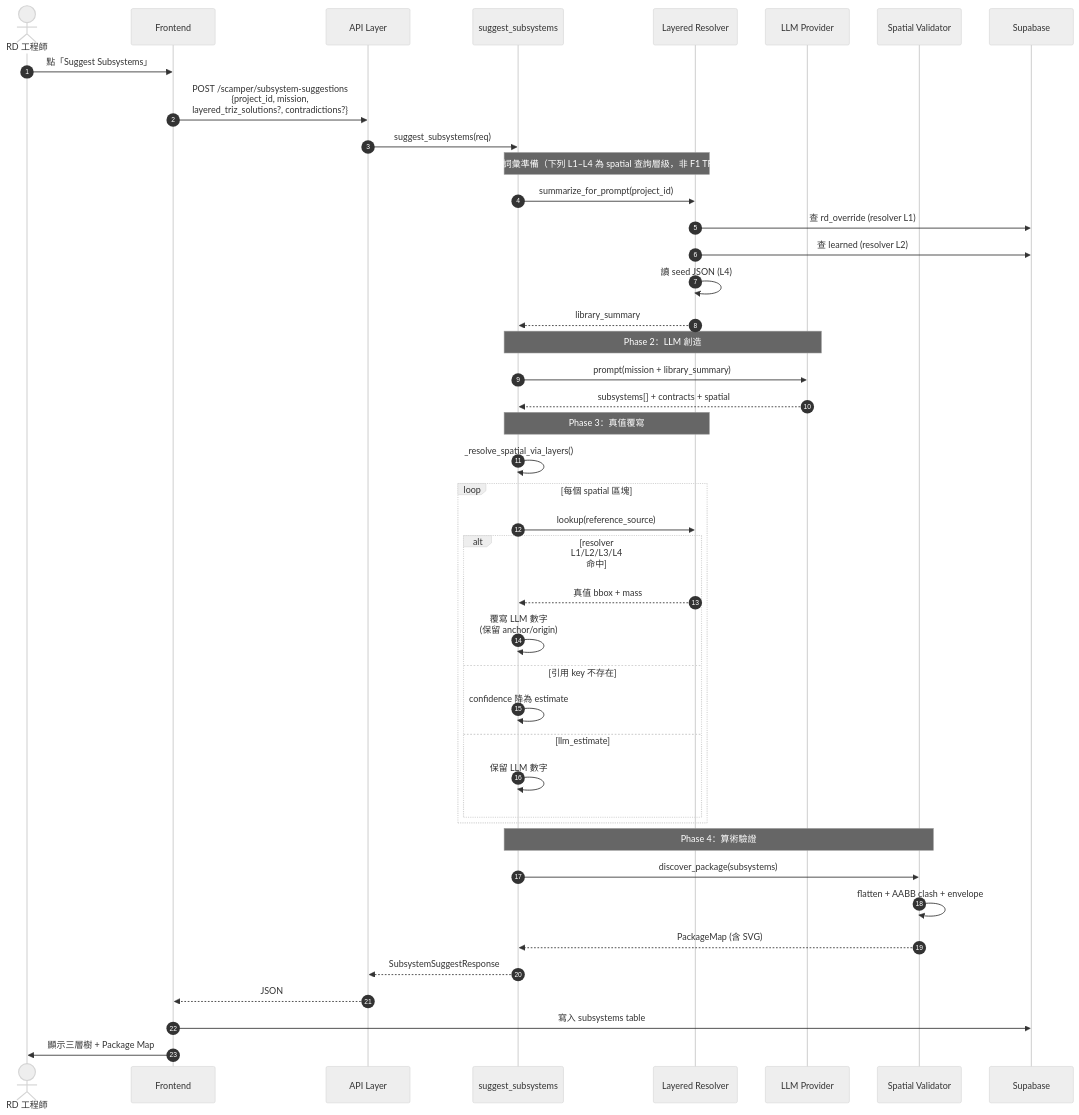
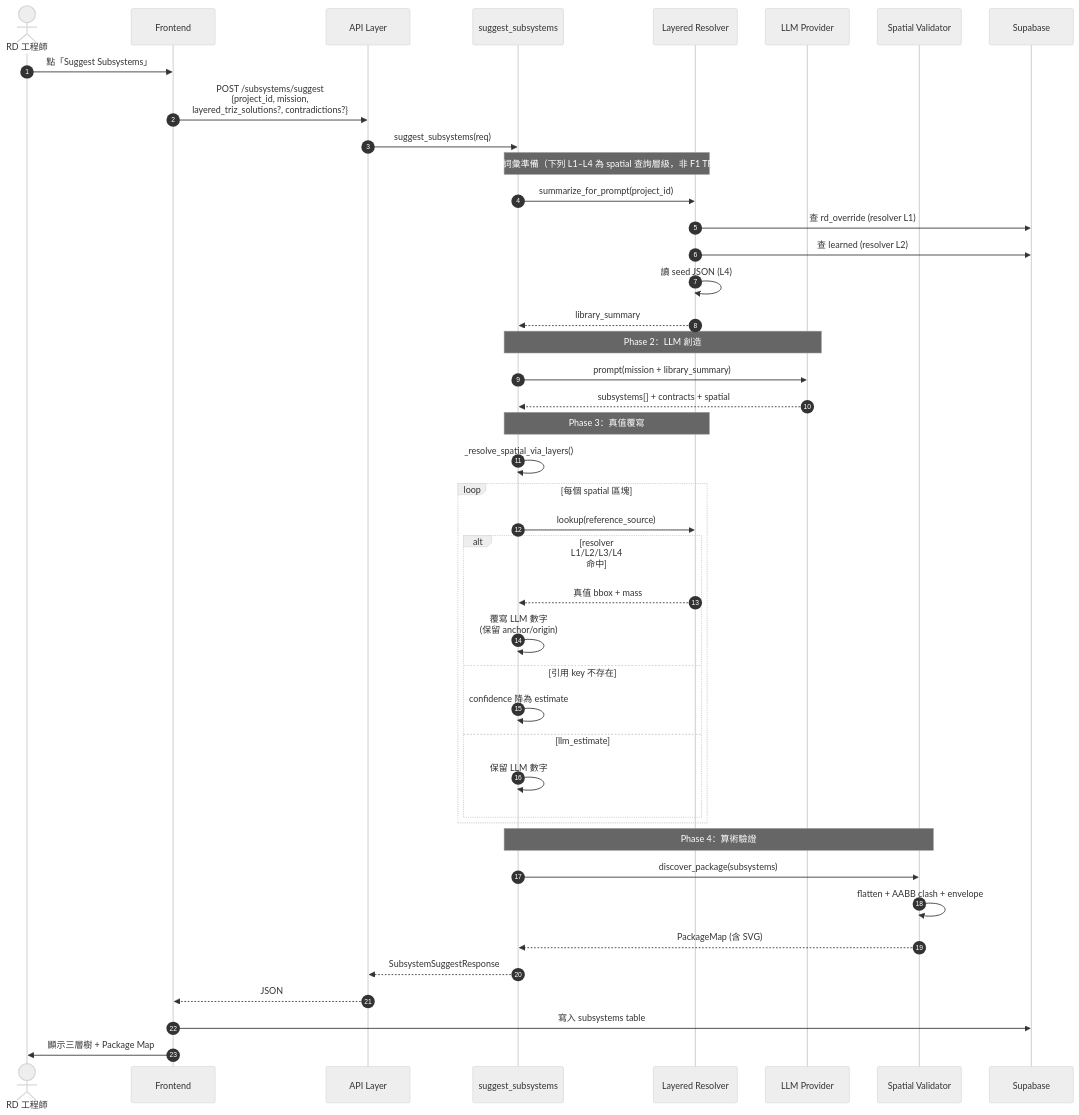
Before and after one commit to Zenobia0000/RD_copilot_system: diagram 12 of 26 in docs/01-define/diagrams/appendix-a--forward-subsystem-discovery.md, drawn with Mermaid. The commit also changed other lines of this file and 77 other files, not shown here.

First line of the commit message:
refactor: SCAMPER 移除 — 7 動作為 TRIZ 40 原理子集 (v9)

````diff
--- a/docs/01-define/diagrams/appendix-a--forward-subsystem-discovery.md
+++ b/docs/01-define/diagrams/appendix-a--forward-subsystem-discovery.md
@@ -691,52 +691,52 @@
 ```mermaid
 %%{init: {'theme': 'neutral'}}%%
 sequenceDiagram
     autonumber
     actor RD as RD 工程師
     participant FE as Frontend
     participant API as API Layer
     participant AG as suggest_subsystems
     participant RES as Layered Resolver
     participant LLM as LLM Provider
     participant VAL as Spatial Validator
     participant DB as Supabase
 
     RD->>FE: 點「Suggest Subsystems」
-    FE->>API: POST /scamper/subsystem-suggestions<br/>{project_id, mission,<br/>layered_triz_solutions?, contradictions?}
+    FE->>API: POST /subsystems/suggest<br/>{project_id, mission,<br/>layered_triz_solutions?, contradictions?}
     API->>AG: suggest_subsystems(req)
 
     Note over AG,RES: Phase 1：詞彙準備（下列 L1–L4 為 spatial 查詢層級，非 F1 TRIZ 分層）
     AG->>RES: summarize_for_prompt(project_id)
     RES->>DB: 查 rd_override (resolver L1)
     RES->>DB: 查 learned (resolver L2)
     RES->>RES: 讀 seed JSON (L4)
     RES-->>AG: library_summary
 
     Note over AG,LLM: Phase 2：LLM 創造
     AG->>LLM: prompt(mission + library_summary)
     LLM-->>AG: subsystems[] + contracts + spatial
 
     Note over AG,RES: Phase 3：真值覆寫
     AG->>AG: _resolve_spatial_via_layers()
     loop 每個 spatial 區塊
         AG->>RES: lookup(reference_source)
         alt resolver L1/L2/L3/L4 命中
             RES-->>AG: 真值 bbox + mass
             AG->>AG: 覆寫 LLM 數字<br/>(保留 anchor/origin)
         else 引用 key 不存在
             AG->>AG: confidence 降為 estimate
         else llm_estimate
             AG->>AG: 保留 LLM 數字
         end
     end
 
     Note over AG,VAL: Phase 4：算術驗證
     AG->>VAL: discover_package(subsystems)
     VAL->>VAL: flatten + AABB clash + envelope
     VAL-->>AG: PackageMap (含 SVG)
 
     AG-->>API: SubsystemSuggestResponse
     API-->>FE: JSON
     FE->>DB: 寫入 subsystems table
     FE->>RD: 顯示三層樹 + Package Map
 ```
````
